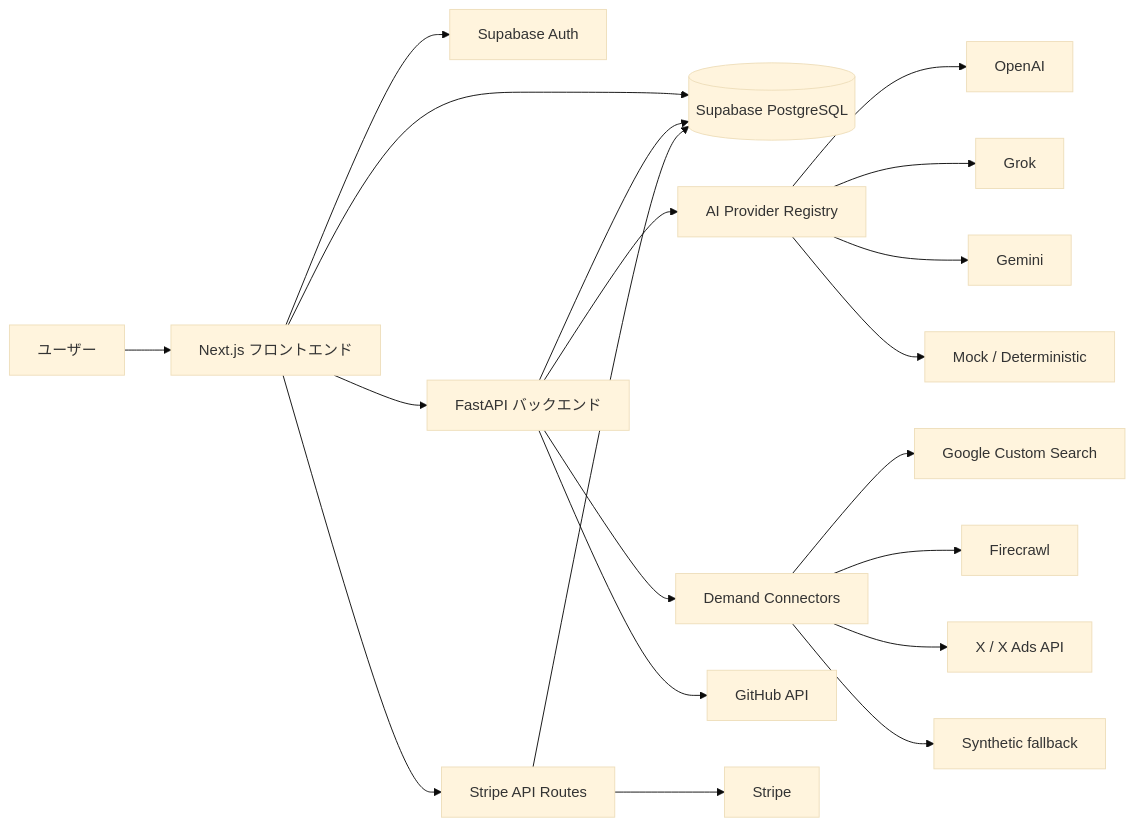
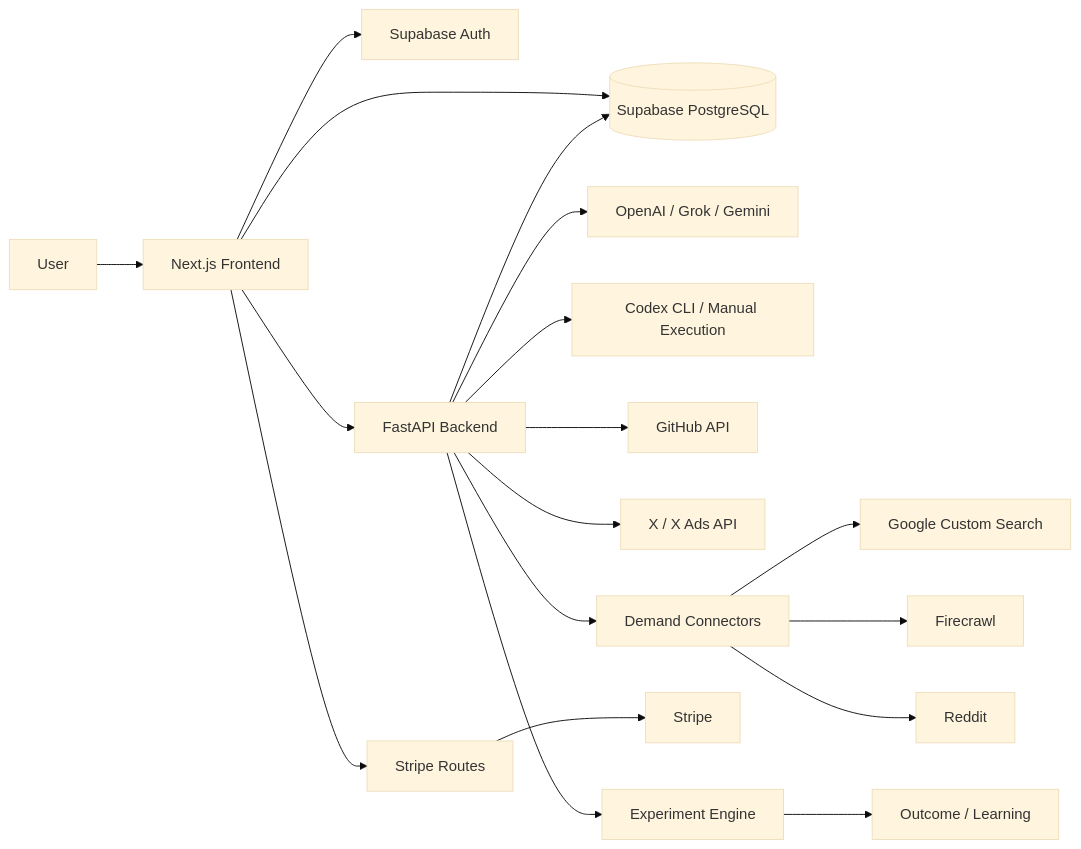
One commit to uthuyomi/adflow-ai changed the first of 2 diagrams in docs/adflow-ai-product-overview-ja.md. Above: the diagram before and after it, drawn with Mermaid (base theme). The commit also changed other lines of this file and 146 other files, not shown here.

````diff
--- a/docs/adflow-ai-product-overview-ja.md
+++ b/docs/adflow-ai-product-overview-ja.md
@@ -47,25 +24,20 @@
 ```mermaid
 flowchart LR
-    U[ユーザー] --> F[Next.js フロントエンド]
+    U[User] --> F[Next.js Frontend]
     F --> A[Supabase Auth]
+    F --> B[FastAPI Backend]
     F --> S[(Supabase PostgreSQL)]
-    F --> B[FastAPI バックエンド]
-    F --> ST[Stripe API Routes]
-
     B --> S
-    B --> AI[AI Provider Registry]
-    AI --> O[OpenAI]
-    AI --> G[Grok]
-    AI --> M[Gemini]
-    AI --> MK[Mock / Deterministic]
-
+    B --> AI[OpenAI / Grok / Gemini]
+    B --> C[Codex CLI / Manual Execution]
+    B --> GH[GitHub API]
+    B --> X[X / X Ads API]
     B --> D[Demand Connectors]
-    D --> GC[Google Custom Search]
+    D --> G[Google Custom Search]
     D --> FC[Firecrawl]
-    D --> XA[X / X Ads API]
-    D --> SY[Synthetic fallback]
-
-    B --> GH[GitHub API]
-    ST --> STRIPE[Stripe]
-    ST --> S
+    D --> R[Reddit]
+    F --> ST[Stripe Routes]
+    ST --> Stripe[Stripe]
+    B --> E[Experiment Engine]
+    E --> O[Outcome / Learning]
 ```
````
